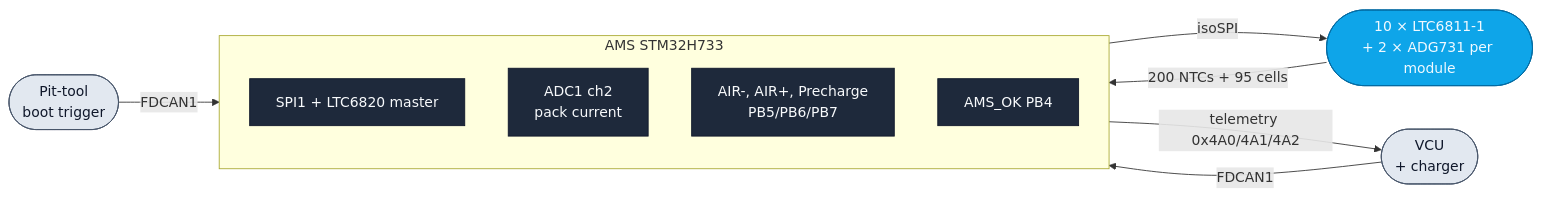
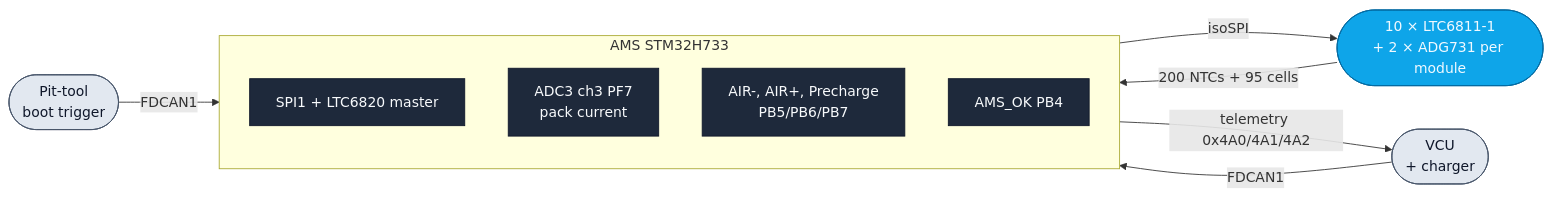
Before and after one commit to isc-fs/IFS08-CE-AMS: the first of 2 diagrams in README.md, drawn with Mermaid. The commit also changed other lines of this file and 5 other files, not shown here.

First line of the commit message:
docs: apply the edits to existing files (ARCHITECTURE/README/etc.)

````diff
--- a/README.md
+++ b/README.md
@@ -21,24 +28,24 @@
 ```mermaid
 flowchart LR
     VCU([VCU<br/>+ charger]) -- FDCAN1 --> AMS
     BENCH([Pit-tool<br/>boot trigger]) -- FDCAN1 --> AMS
 
     subgraph AMS[AMS STM32H733]
         SPI[SPI1 + LTC6820 master]
-        ADC[ADC1 ch2<br/>pack current]
+        ADC[ADC3 ch3 PF7<br/>pack current]
         Relays[AIR-, AIR+, Precharge<br/>PB5/PB6/PB7]
         AmsOk[AMS_OK PB4]
     end
 
     AMS -- "isoSPI" --> Chain([10 × LTC6811-1<br/>+ 2 × ADG731 per module])
     Chain -- "200 NTCs + 95 cells" --> AMS
 
     AMS -- "telemetry 0x4A0/4A1/4A2" --> VCU
 
     classDef ext  fill:#e2e8f0,stroke:#475569,color:#0f172a
     classDef hw   fill:#1e293b,stroke:#0f172a,color:#f8fafc
     classDef bus  fill:#0ea5e9,stroke:#0369a1,color:#f0f9ff
     class VCU,BENCH ext
     class SPI,ADC,Relays,AmsOk hw
     class Chain bus
 ```
````
